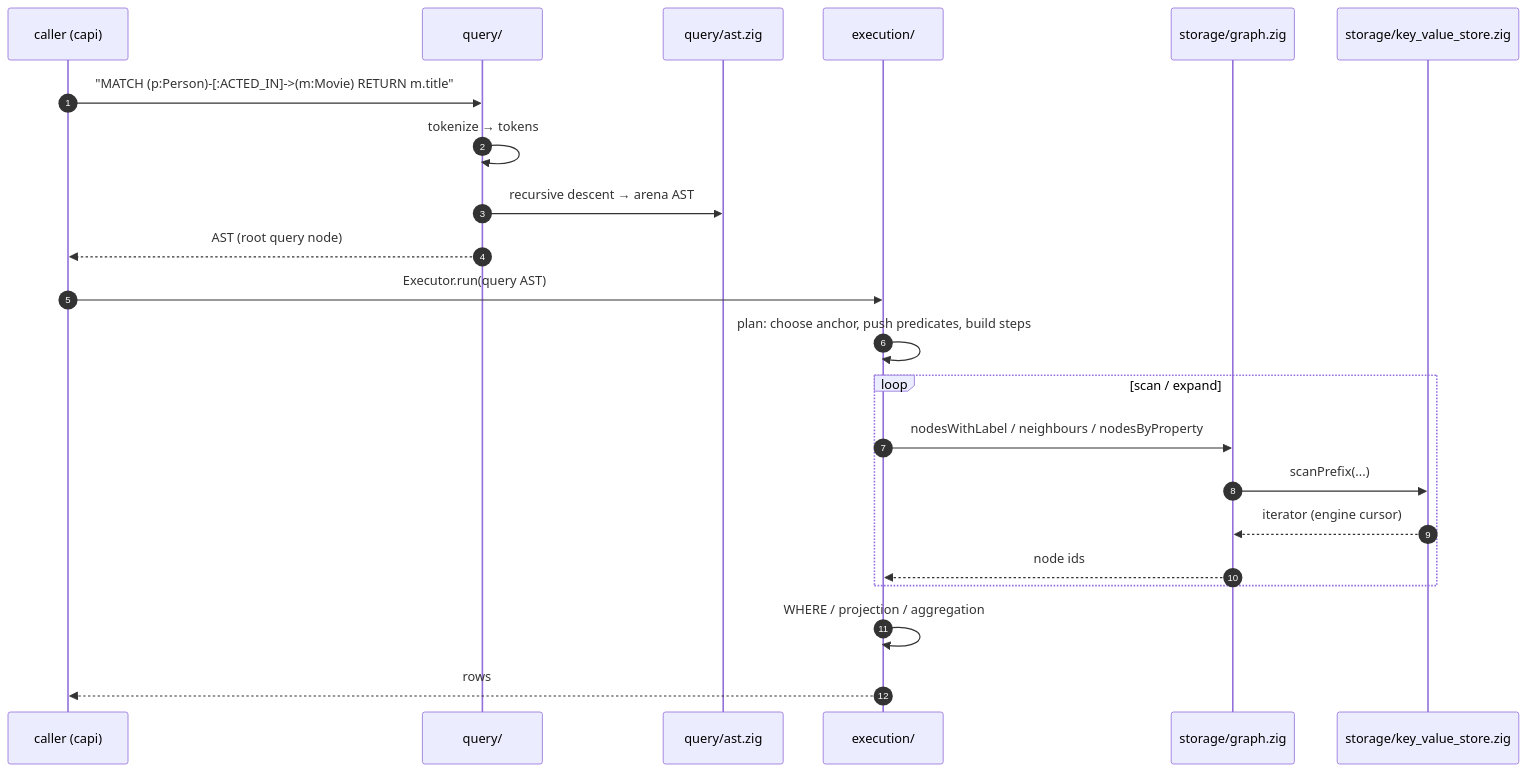
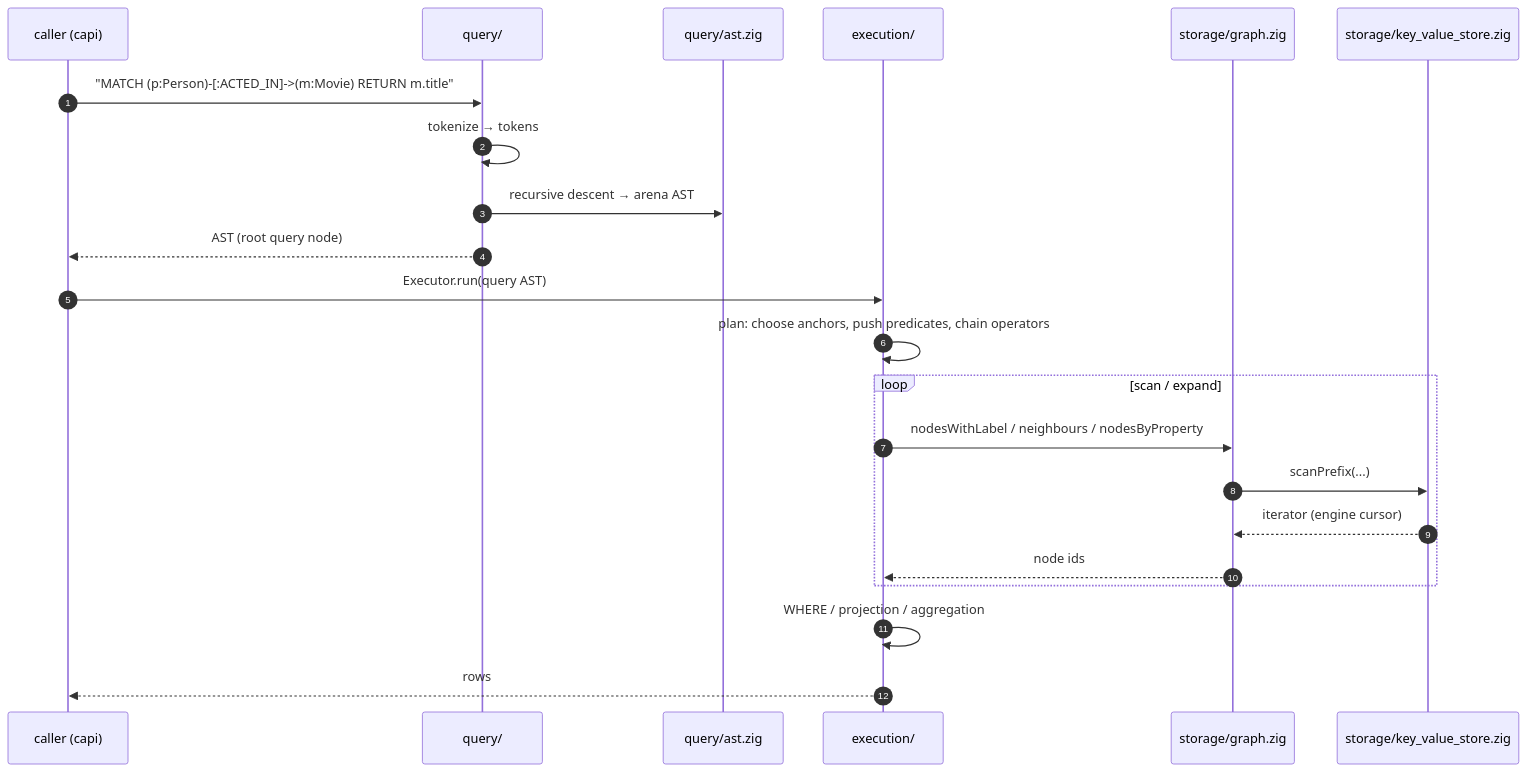
The second of 2 diagrams in docs/guide/architecture.md (acasadom/zypherdb), drawn with Mermaid before and after one commit. The commit also changed other lines of this file and 19 other files, not shown here.

First line of the commit message:
feat: plan queries once into chains of operators

````diff
--- a/docs/guide/architecture.md
+++ b/docs/guide/architecture.md
@@ -138,25 +150,25 @@
 ```{mermaid}
 sequenceDiagram
   autonumber
   participant C as caller (capi)
   participant P as query/
   participant A as query/ast.zig
   participant E as execution/
   participant G as storage/graph.zig
   participant S as storage/key_value_store.zig
 
   C->>P: "MATCH (p:Person)-[:ACTED_IN]->(m:Movie) RETURN m.title"
   P->>P: tokenize → tokens
   P->>A: recursive descent → arena AST
   P-->>C: AST (root query node)
   C->>E: Executor.run(query AST)
-  E->>E: plan: choose anchor, push predicates, build steps
+  E->>E: plan: choose anchors, push predicates, chain operators
   loop scan / expand
     E->>G: nodesWithLabel / neighbours / nodesByProperty
     G->>S: scanPrefix(...)
     S-->>G: iterator (engine cursor)
     G-->>E: node ids
   end
   E->>E: WHERE / projection / aggregation
   E-->>C: rows
 ```
````
